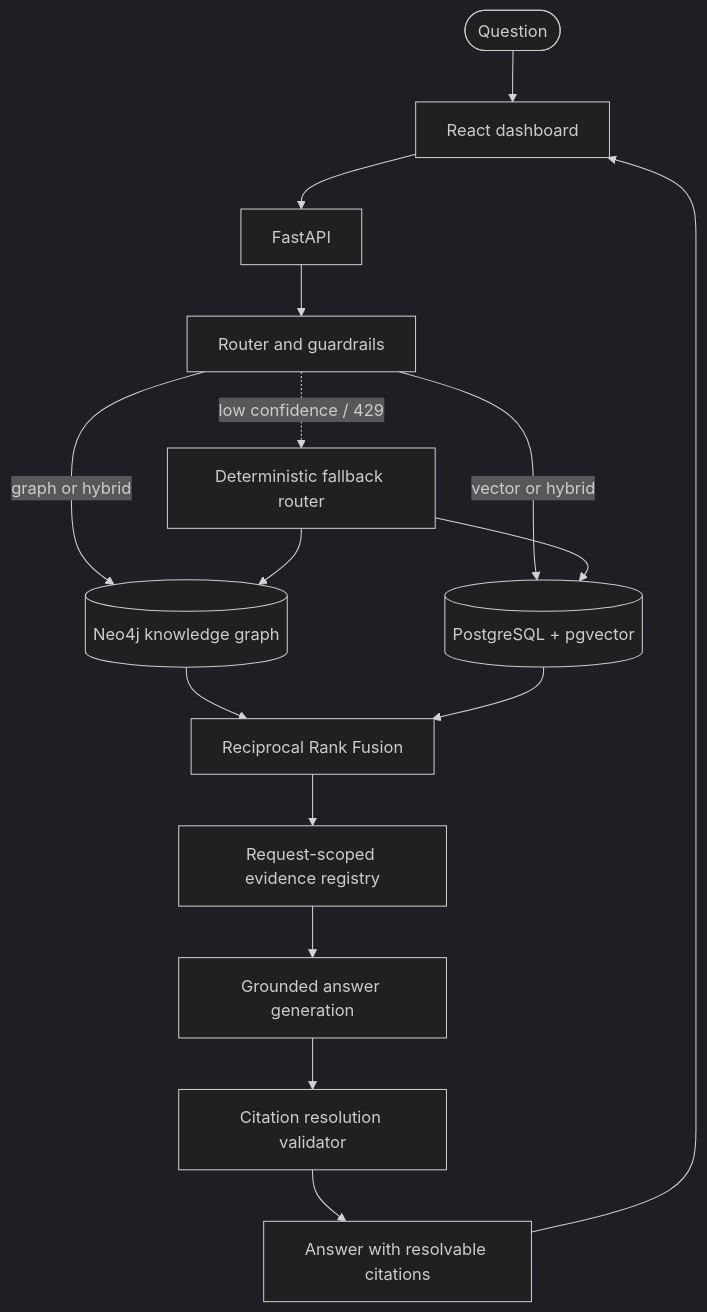
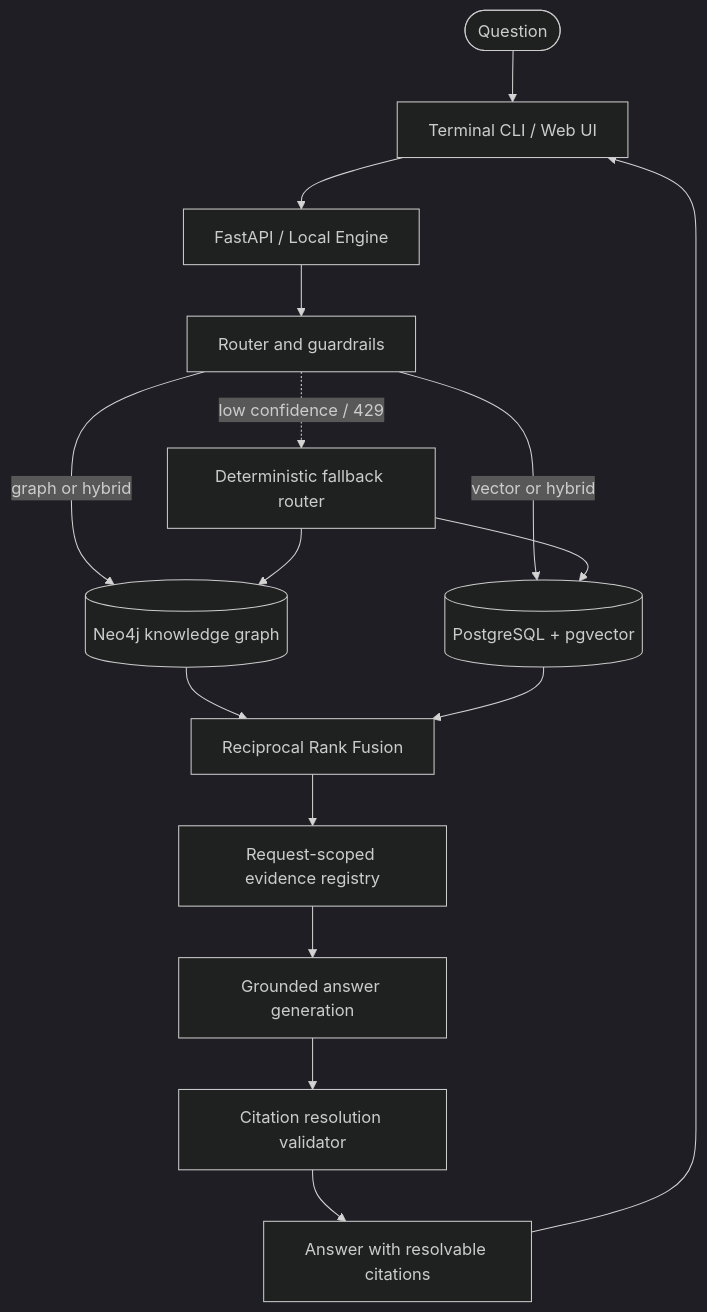
The diagram in README.md (Git-Kapish/GraphMind), drawn with Mermaid (dark theme) before and after one commit. The commit also changed other lines of this file and 35 other files, not shown here.

Commit message:
add interactive terminal cli and update readme

````diff
--- a/README.md
+++ b/README.md
@@ -151,18 +152,18 @@
 ```mermaid
 flowchart TD
-    U(["Question"]) --> UI["React dashboard"]
-    UI --> API["FastAPI"]
+    U(["Question"]) --> CLI["Terminal CLI / Web UI"]
+    CLI --> API["FastAPI / Local Engine"]
     API --> R["Router and guardrails"]
     R -->|graph or hybrid| G[("Neo4j knowledge graph")]
     R -->|vector or hybrid| V[("PostgreSQL + pgvector")]
     G --> F["Reciprocal Rank Fusion"]
     V --> F
     F --> E["Request-scoped evidence registry"]
     E --> L["Grounded answer generation"]
     L --> C["Citation resolution validator"]
     C --> S["Answer with resolvable citations"]
-    S --> UI
+    S --> CLI
     R -. low confidence / 429 .-> RR["Deterministic fallback router"]
     RR --> G
     RR --> V
 ```
````
